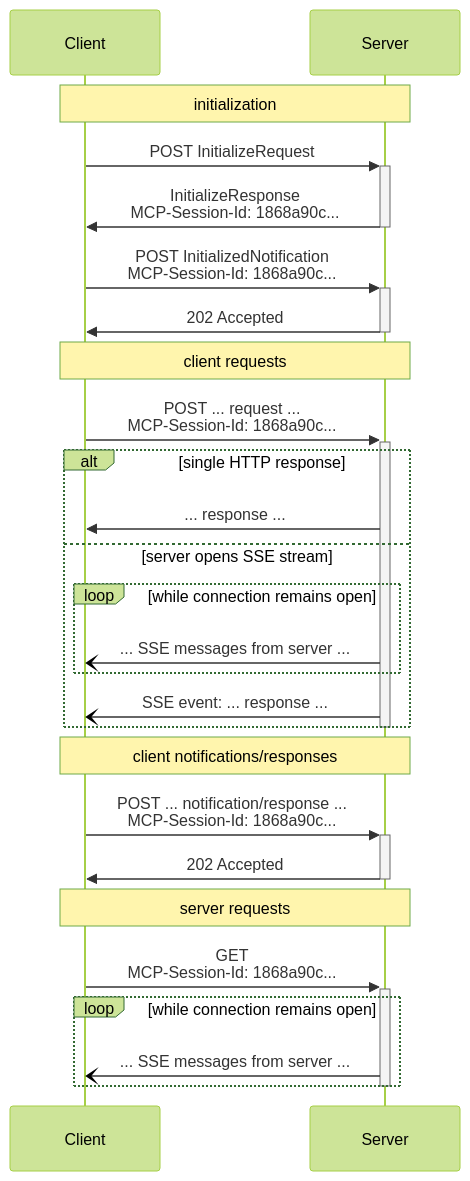
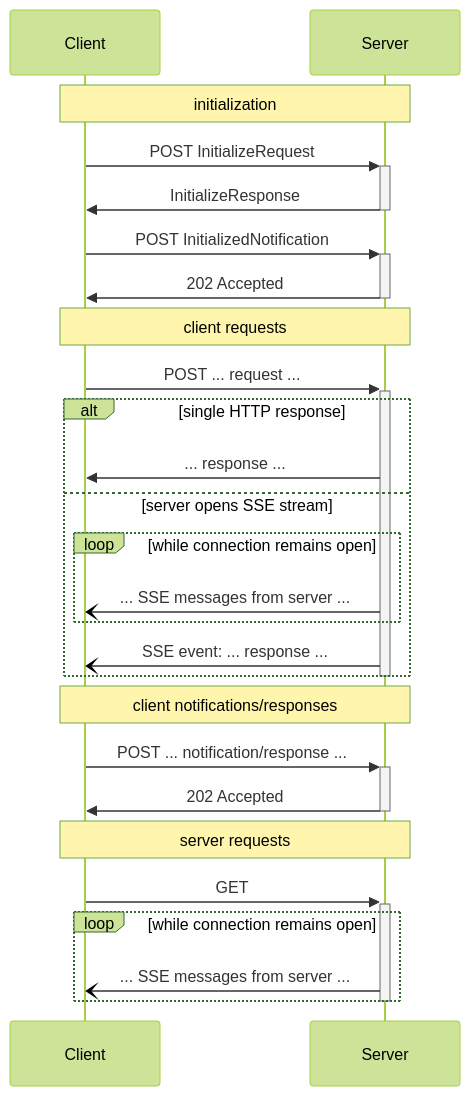
Before and after one commit to HIDORAKAI002/ai-workspace-archive: the second of 2 diagrams in mcp_ecosystem__model_context_protocol/official_mcp_repositories__anthropic/modelcontextprotocol/docs/specification/draft/basic/transports.mdx, drawn with Mermaid (forest theme). The commit also changed other lines of this file and 3306 other files, not shown here.

Commit message:
chore(sync): update MCP Python SDK, Playwright MCP, Exa MCP Server, AI Tools System Prompts, Langfuse, Promptfoo, n8n, Langflow, +38 more

````diff
--- a/mcp_ecosystem__model_context_protocol/official_mcp_repositories__anthropic/modelcontextprotocol/docs/specification/draft/basic/transports.mdx
+++ b/mcp_ecosystem__model_context_protocol/official_mcp_repositories__anthropic/modelcontextprotocol/docs/specification/draft/basic/transports.mdx
@@ -232,38 +196,38 @@
 ```mermaid
 sequenceDiagram
     participant Client
     participant Server
 
     note over Client, Server: initialization
 
     Client->>+Server: POST InitializeRequest
-    Server->>-Client: InitializeResponse<br>MCP-Session-Id: 1868a90c...
+    Server->>-Client: InitializeResponse
 
-    Client->>+Server: POST InitializedNotification<br>MCP-Session-Id: 1868a90c...
+    Client->>+Server: POST InitializedNotification
     Server->>-Client: 202 Accepted
 
     note over Client, Server: client requests
-    Client->>+Server: POST ... request ...<br>MCP-Session-Id: 1868a90c...
+    Client->>+Server: POST ... request ...
 
     alt single HTTP response
       Server->>Client: ... response ...
     else server opens SSE stream
       loop while connection remains open
           Server-)Client: ... SSE messages from server ...
       end
       Server-)Client: SSE event: ... response ...
     end
     deactivate Server
 
     note over Client, Server: client notifications/responses
-    Client->>+Server: POST ... notification/response ...<br>MCP-Session-Id: 1868a90c...
+    Client->>+Server: POST ... notification/response ...
     Server->>-Client: 202 Accepted
 
     note over Client, Server: server requests
-    Client->>+Server: GET<br>MCP-Session-Id: 1868a90c...
+    Client->>+Server: GET
     loop while connection remains open
         Server-)Client: ... SSE messages from server ...
     end
     deactivate Server
 
 ```
````
